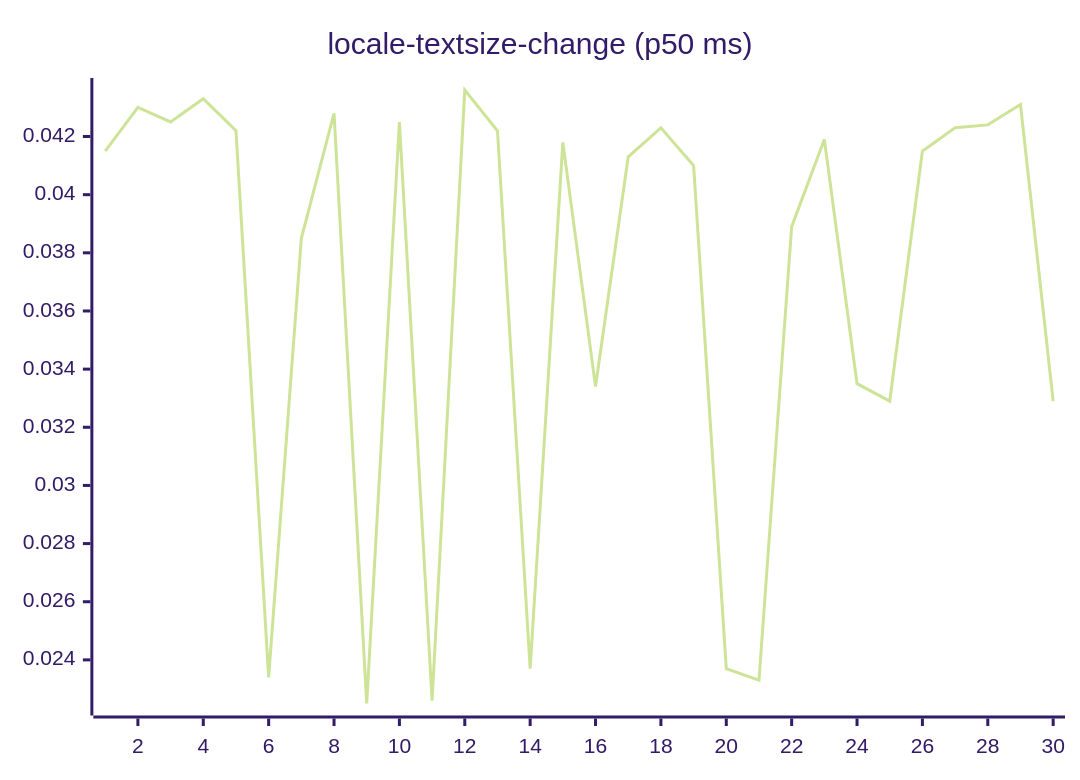
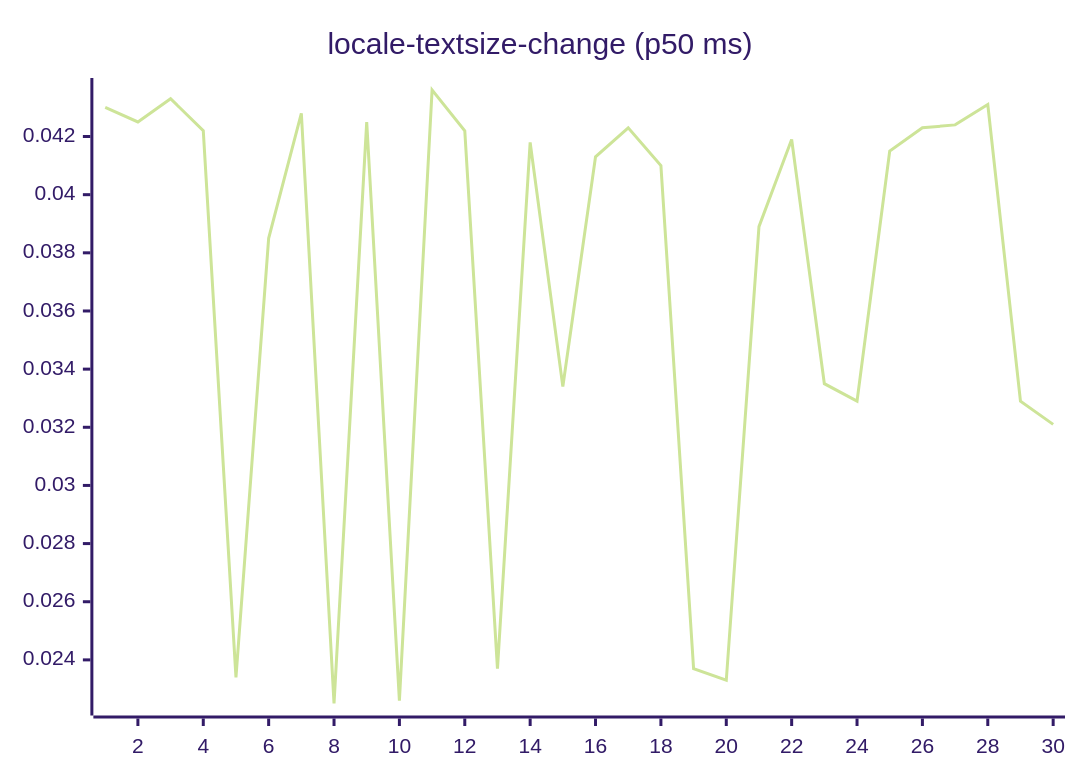
Diagram 13 of 27 in README.md (josha/Facet), drawn with Mermaid (forest theme) before and after one commit. The commit also changed other lines of this file and 2 other files, not shown here.

````diff
--- a/README.md
+++ b/README.md
@@ -147,6 +147,6 @@
 ```mermaid
 xychart-beta
     title "locale-textsize-change (p50 ms)"
     x-axis 1 --> 30
-    line [0.0415, 0.0430, 0.0425, 0.0433, 0.0422, 0.0234, 0.0385, 0.0428, 0.0225, 0.0425, 0.0226, 0.0436, 0.0422, 0.0237, 0.0418, 0.0334, 0.0413, 0.0423, 0.0410, 0.0237, 0.0233, 0.0389, 0.0419, 0.0335, 0.0329, 0.0415, 0.0423, 0.0424, 0.0431, 0.0329]
+    line [0.0430, 0.0425, 0.0433, 0.0422, 0.0234, 0.0385, 0.0428, 0.0225, 0.0425, 0.0226, 0.0436, 0.0422, 0.0237, 0.0418, 0.0334, 0.0413, 0.0423, 0.0410, 0.0237, 0.0233, 0.0389, 0.0419, 0.0335, 0.0329, 0.0415, 0.0423, 0.0424, 0.0431, 0.0329, 0.0321]
 ```
````
